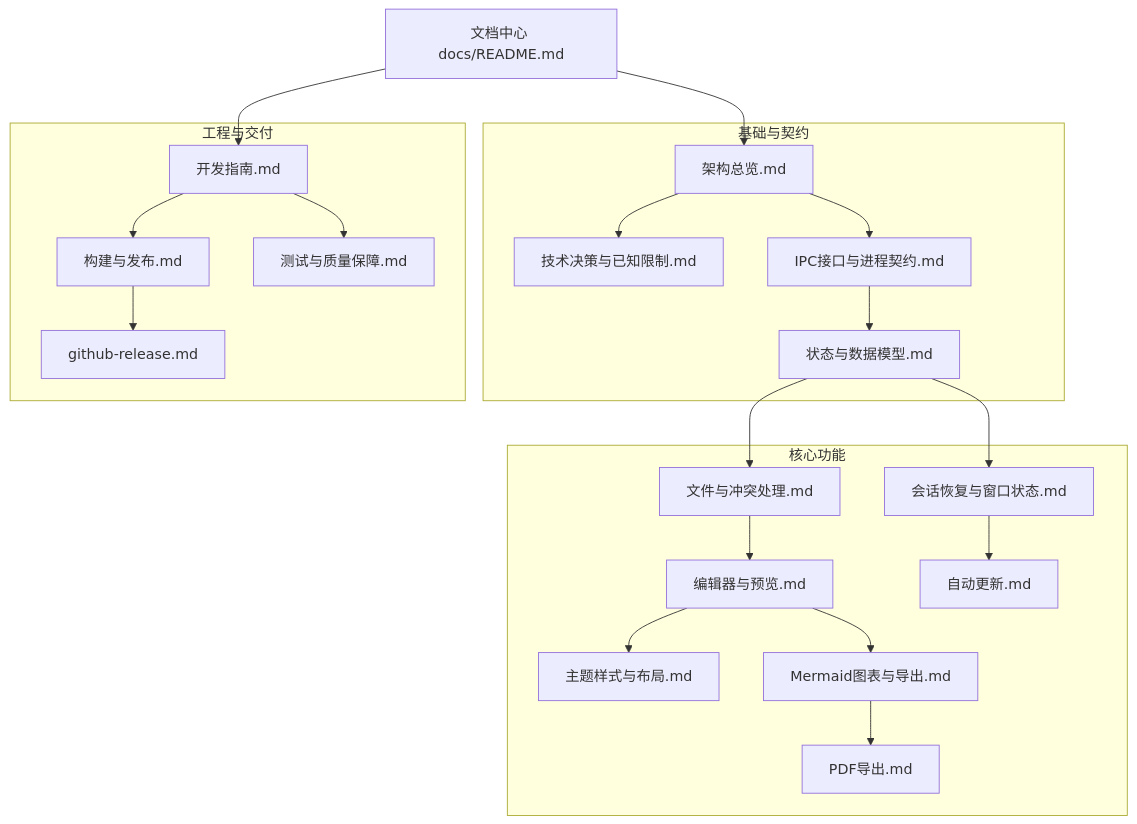
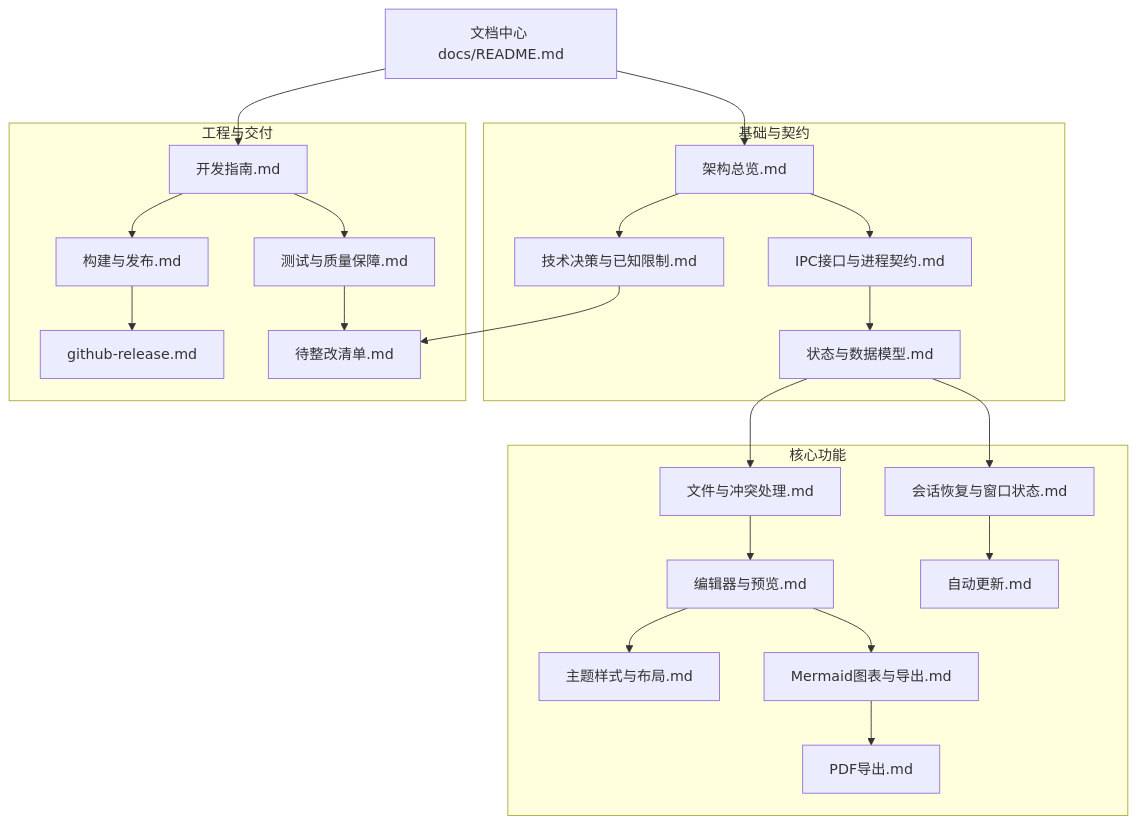
The diagram in docs/README.md (Harley-xk/mark-it), drawn with Mermaid before and after one commit. The commit also changed other lines of this file and 21 other files, not shown here.

````diff
--- a/docs/README.md
+++ b/docs/README.md
@@ -14,44 +14,47 @@
 ```mermaid
 flowchart TD
   IDX["文档中心 docs/README.md"]
 
   subgraph 基础与契约
     ARCH["架构总览.md"]
     DEC["技术决策与已知限制.md"]
     IPC["IPC接口与进程契约.md"]
     DATA["状态与数据模型.md"]
   end
 
   subgraph 核心功能
     FILE["文件与冲突处理.md"]
     SESSION["会话恢复与窗口状态.md"]
     EDIT["编辑器与预览.md"]
     THEME["主题样式与布局.md"]
     MERMAID["Mermaid图表与导出.md"]
     PDF["PDF导出.md"]
     UPDATE["自动更新.md"]
   end
 
   subgraph 工程与交付
     BUILD["构建与发布.md"]
     RELEASE["github-release.md"]
     DEV["开发指南.md"]
     QA["测试与质量保障.md"]
+    TODO["待整改清单.md"]
   end
 
   IDX --> ARCH
   IDX --> DEV
   ARCH --> DEC
   ARCH --> IPC
   IPC --> DATA
   DATA --> FILE
   DATA --> SESSION
   FILE --> EDIT
   EDIT --> THEME
   EDIT --> MERMAID
   MERMAID --> PDF
   SESSION --> UPDATE
   DEV --> QA
   DEV --> BUILD
   BUILD --> RELEASE
+  QA --> TODO
+  DEC --> TODO
 ```
````
